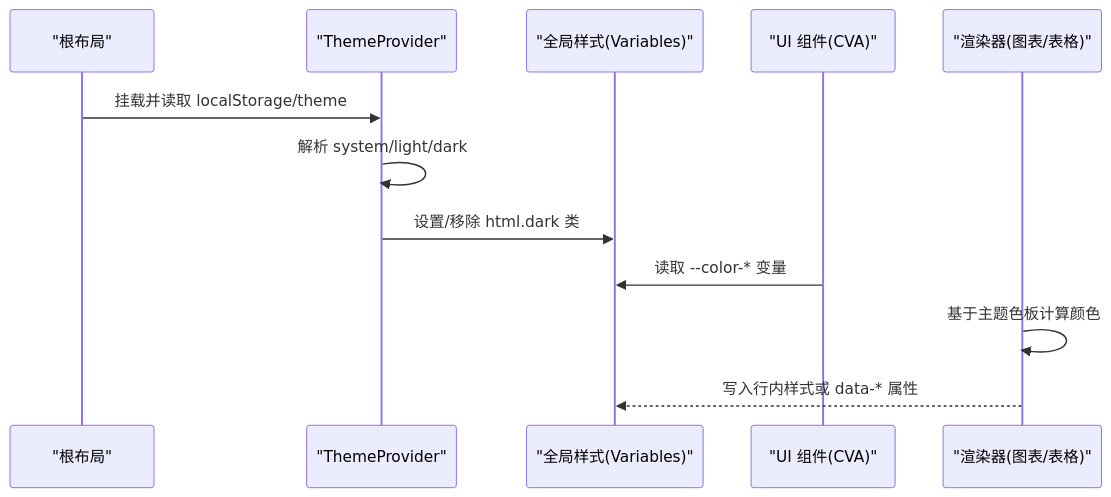
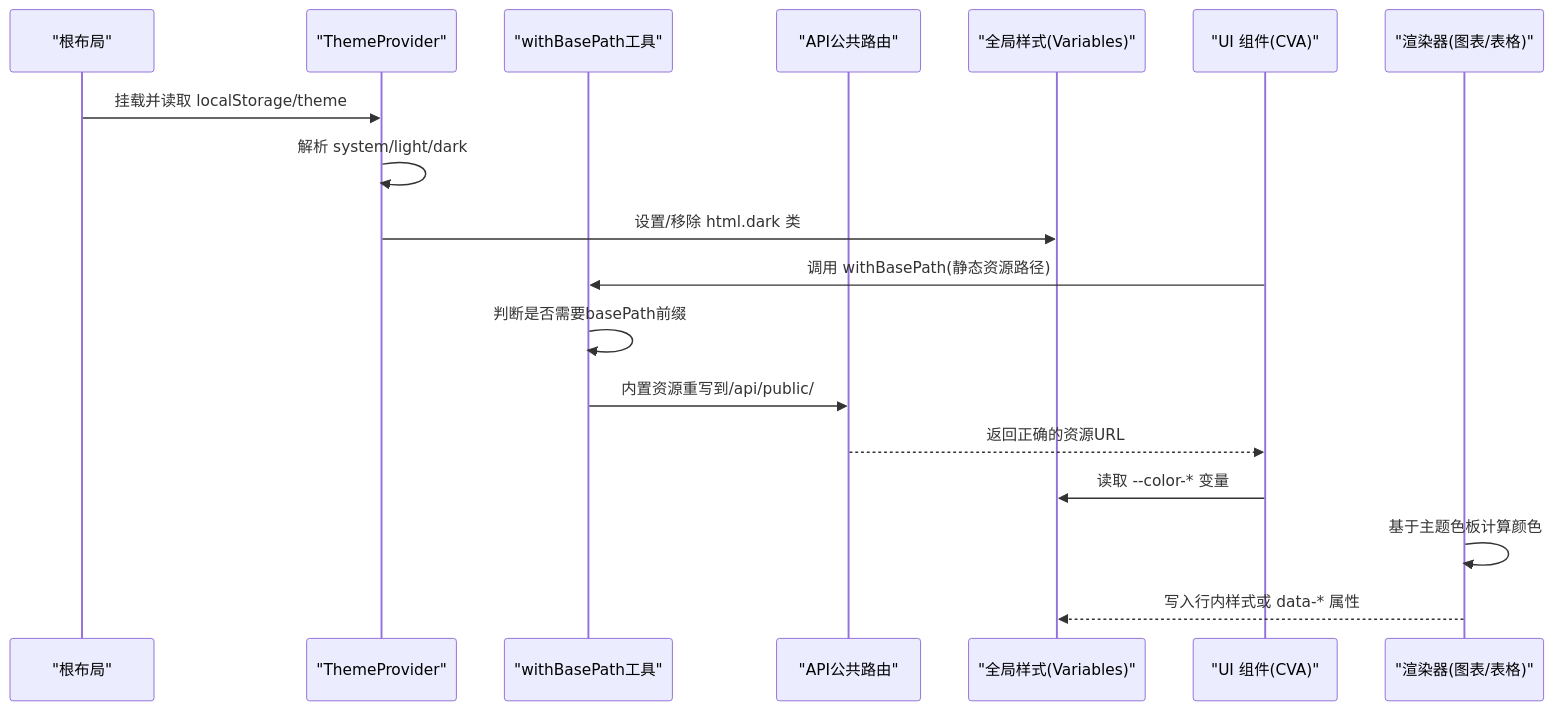
The first of 2 diagrams in .qoder/repowiki/zh/content/架构设计/前端架构设计/组件系统架构/组件样式与主题系统.md (huangboheng/OpenMAIC), drawn with Mermaid before and after one commit. The commit also changed other lines of this file and 8 other files, not shown here.

````diff
--- a/.qoder/repowiki/zh/content/架构设计/前端架构设计/组件系统架构/组件样式与主题系统.md
+++ b/.qoder/repowiki/zh/content/架构设计/前端架构设计/组件系统架构/组件样式与主题系统.md
@@ -27,14 +44,20 @@
 ```mermaid
 sequenceDiagram
 participant Root as "根布局"
 participant Theme as "ThemeProvider"
+participant PathUtil as "withBasePath工具"
+participant API as "API公共路由"
 participant CSS as "全局样式(Variables)"
 participant UI as "UI 组件(CVA)"
 participant Renderer as "渲染器(图表/表格)"
 Root->>Theme : 挂载并读取 localStorage/theme
 Theme->>Theme : 解析 system/light/dark
 Theme->>CSS : 设置/移除 html.dark 类
+UI->>PathUtil : 调用 withBasePath(静态资源路径)
+PathUtil->>PathUtil : 判断是否需要basePath前缀
+PathUtil->>API : 内置资源重写到/api/public/
+API-->>UI : 返回正确的资源URL
 UI->>CSS : 读取 --color-* 变量
 Renderer->>Renderer : 基于主题色板计算颜色
 Renderer-->>CSS : 写入行内样式或 data-* 属性
 ```
````
